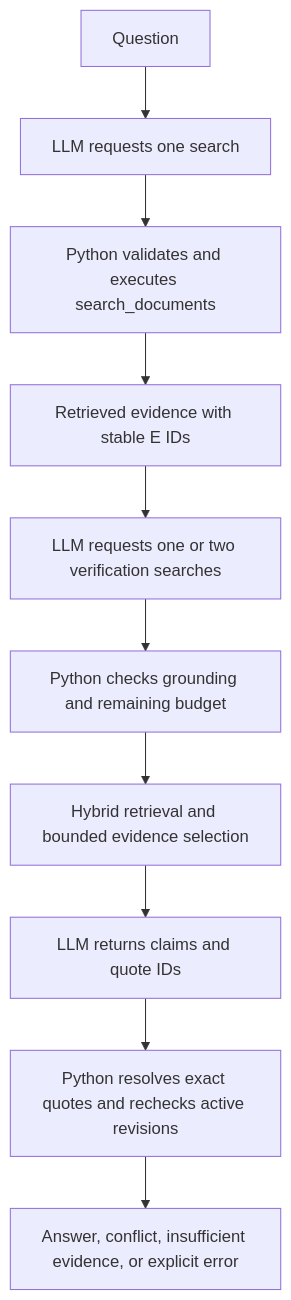
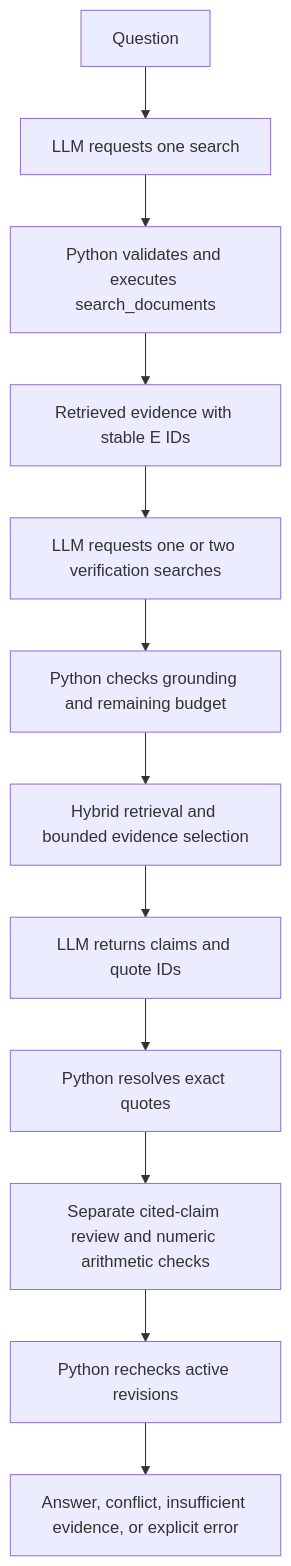
Before and after one commit to GeorgeShani/upgaming-ai-engineering-task: the diagram in docs/multi-step-investigation.md, drawn with Mermaid. The commit also changed other lines of this file and 35 other files, not shown here.

````diff
--- a/docs/multi-step-investigation.md
+++ b/docs/multi-step-investigation.md
@@ -10,12 +15,14 @@
 ```mermaid
 flowchart TD
     Q[Question] --> P1[LLM requests one search]
     P1 --> V1[Python validates and executes search_documents]
     V1 --> E1[Retrieved evidence with stable E IDs]
     E1 --> P2[LLM requests one or two verification searches]
     P2 --> V2[Python checks grounding and remaining budget]
     V2 --> S[Hybrid retrieval and bounded evidence selection]
     S --> A[LLM returns claims and quote IDs]
-    A --> C[Python resolves exact quotes and rechecks active revisions]
-    C --> R[Answer, conflict, insufficient evidence, or explicit error]
+    A --> C[Python resolves exact quotes]
+    C --> G[Separate cited-claim review and numeric arithmetic checks]
+    G --> M[Python rechecks active revisions]
+    M --> R[Answer, conflict, insufficient evidence, or explicit error]
 ```
````
